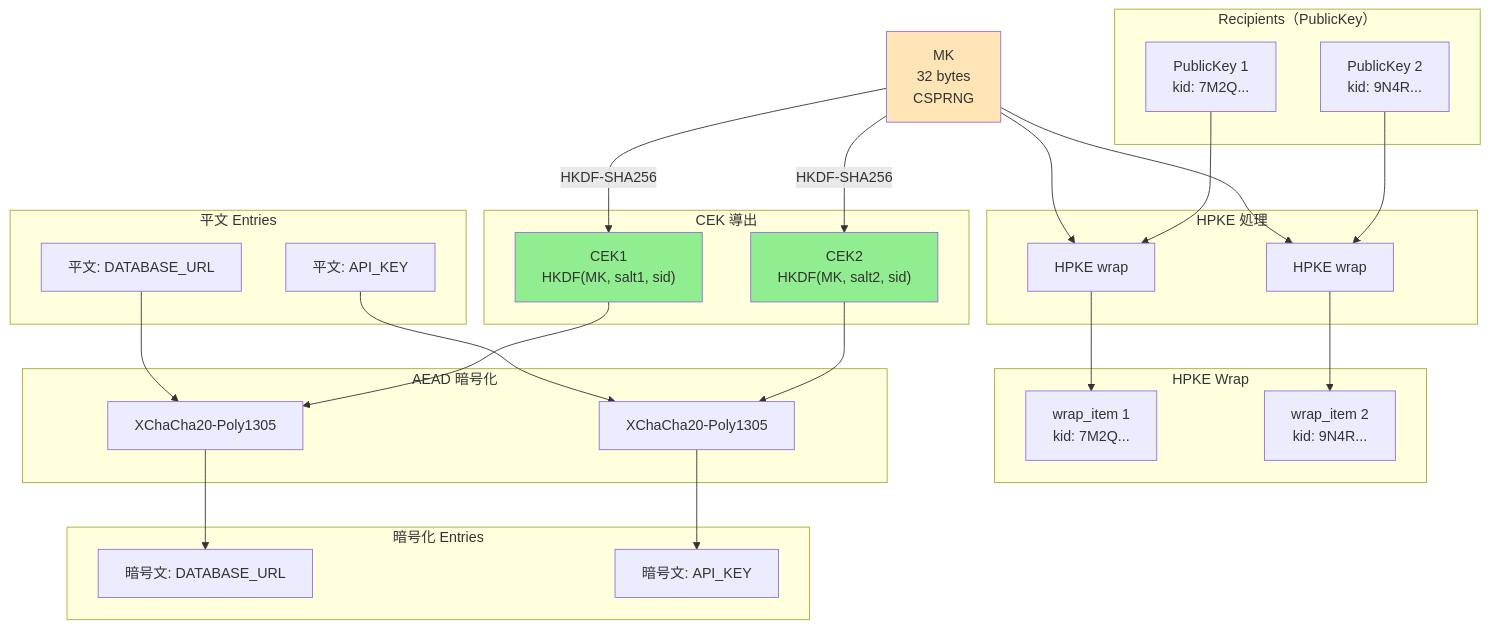
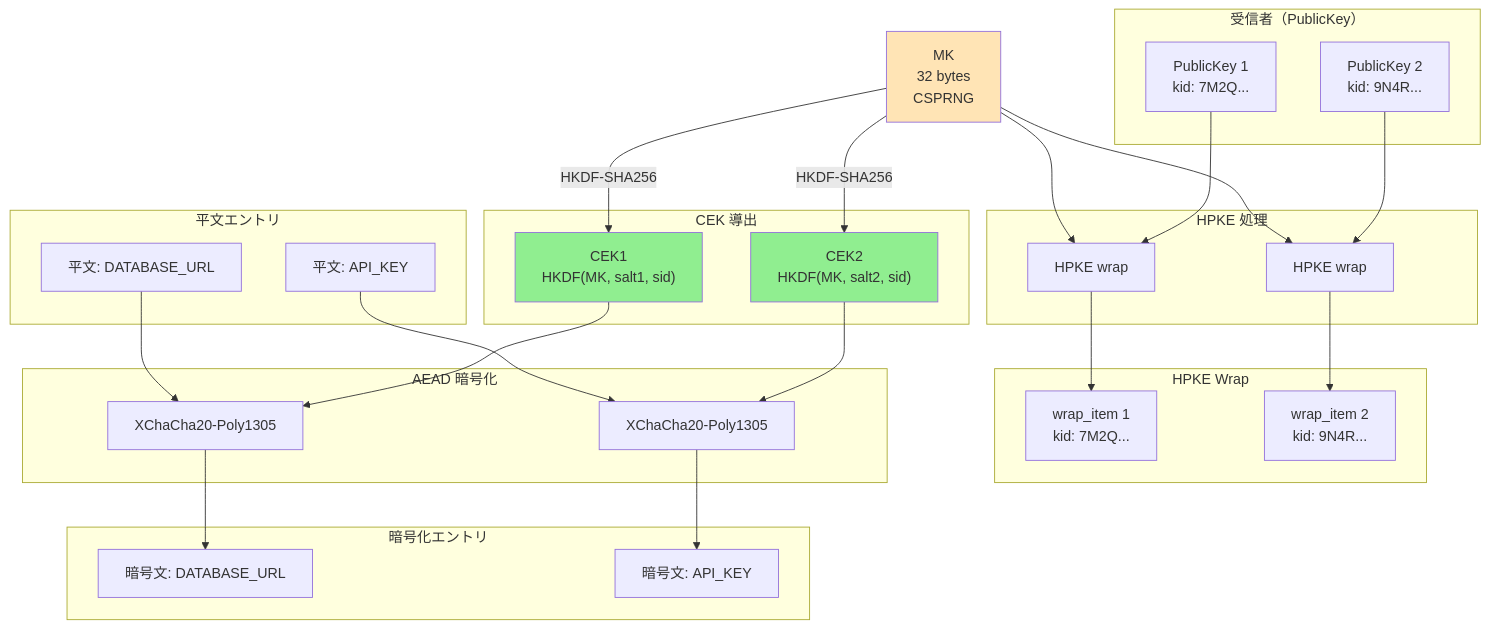
Before and after one commit to ebisawa/kapsaro: the fourth of 6 diagrams in guides/security_design_ja.md, drawn with Mermaid. The commit also changed other lines of this file and 121 other files, not shown here.

````diff
--- a/guides/security_design_ja.md
+++ b/guides/security_design_ja.md
@@ -978,58 +899,58 @@
 ```mermaid
 graph TB
-    subgraph recipients["Recipients（PublicKey）"]
+    subgraph recipients["受信者（PublicKey）"]
         PK1["PublicKey 1<br/>kid: 7M2Q..."]
         PK2["PublicKey 2<br/>kid: 9N4R..."]
     end
 
     subgraph hpke["HPKE 処理"]
         HPKE1[HPKE wrap]
         HPKE2[HPKE wrap]
     end
 
     subgraph wrap["HPKE Wrap"]
         W1["wrap_item 1<br/>kid: 7M2Q..."]
         W2["wrap_item 2<br/>kid: 9N4R..."]
     end
 
     MK["MK<br/>32 bytes<br/>CSPRNG"]
 
     subgraph cek["CEK 導出"]
         CEK1["CEK1<br/>HKDF(MK, salt1, sid)"]
         CEK2["CEK2<br/>HKDF(MK, salt2, sid)"]
     end
 
-    subgraph p_entries["平文 Entries"]
+    subgraph p_entries["平文エントリ"]
         PE1["平文: DATABASE_URL"]
         PE2["平文: API_KEY"]
     end
 
     subgraph aead["AEAD 暗号化"]
         AEAD1[XChaCha20-Poly1305]
         AEAD2[XChaCha20-Poly1305]
     end
 
-    subgraph entries["暗号化 Entries"]
+    subgraph entries["暗号化エントリ"]
         E1["暗号文: DATABASE_URL"]
         E2["暗号文: API_KEY"]
     end
 
     PK1 --> HPKE1
     MK --> HPKE1
     HPKE1 --> W1
     PK2 --> HPKE2
     MK --> HPKE2
     HPKE2 --> W2
     MK -->|HKDF-SHA256| CEK1
     MK -->|HKDF-SHA256| CEK2
     CEK1 --> AEAD1
     PE1 --> AEAD1
     AEAD1 --> E1
     CEK2 --> AEAD2
     PE2 --> AEAD2
     AEAD2 --> E2
 
     style MK fill:#FFE4B5
     style CEK1 fill:#90EE90
     style CEK2 fill:#90EE90
 ```
````
